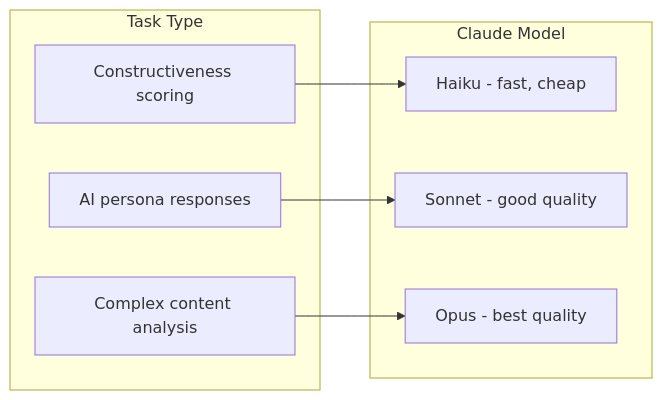
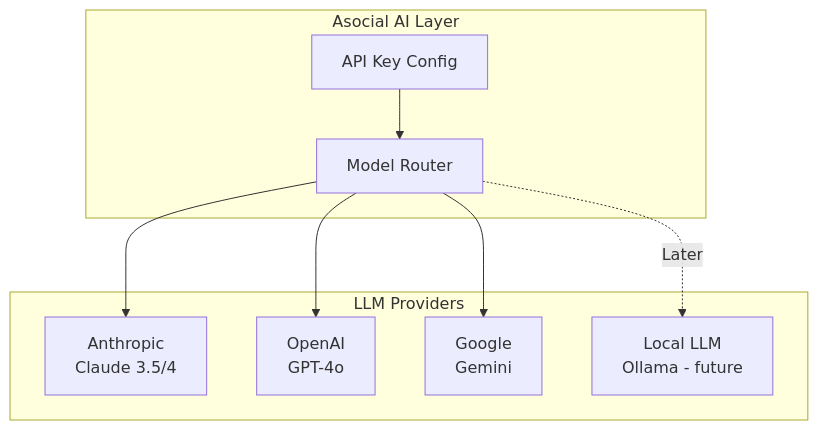
One commit to mickdarling/asocial changed the ninth of 15 diagrams in docs/TECHNOLOGY_CHOICES.md. Above: the diagram before and after it, drawn with Mermaid. The commit also changed other lines of this file and 1 other file, not shown here.

````diff
--- a/docs/TECHNOLOGY_CHOICES.md
+++ b/docs/TECHNOLOGY_CHOICES.md
@@ -600,18 +680,20 @@
 ```mermaid
-flowchart LR
-    subgraph Tasks["Task Type"]
-        T1[Constructiveness scoring]
-        T2[AI persona responses]
-        T3[Complex content analysis]
+flowchart TB
+    subgraph App["Asocial AI Layer"]
+        Router[Model Router]
+        Config[API Key Config]
     end
 
-    subgraph Models["Claude Model"]
-        M1[Haiku - fast, cheap]
-        M2[Sonnet - good quality]
-        M3[Opus - best quality]
+    subgraph Providers["LLM Providers"]
+        Anthropic[Anthropic<br/>Claude 3.5/4]
+        OpenAI[OpenAI<br/>GPT-4o]
+        Google[Google<br/>Gemini]
+        Local[Local LLM<br/>Ollama - future]
     end
 
-    T1 --> M1
-    T2 --> M2
-    T3 --> M3
+    Config --> Router
+    Router --> Anthropic
+    Router --> OpenAI
+    Router --> Google
+    Router -.->|Later| Local
 ```
````
